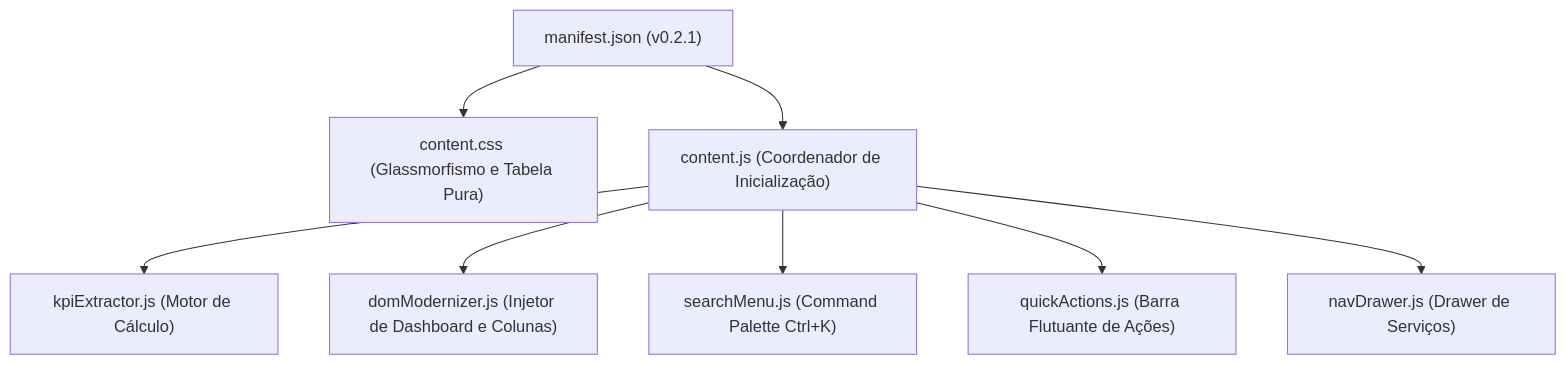
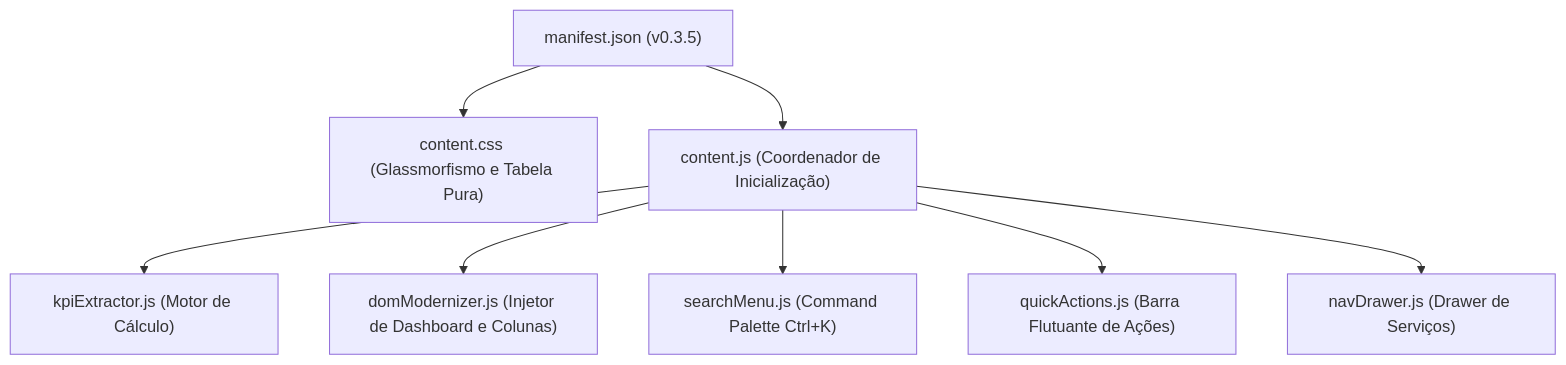
One commit to lukeboh/tse-xt changed the diagram in docs/ESPECIFICACAO_NEGOCIO.md. Above: the diagram before and after it, drawn with Mermaid. The commit also changed other lines of this file and 17 other files, not shown here.

````diff
--- a/docs/ESPECIFICACAO_NEGOCIO.md
+++ b/docs/ESPECIFICACAO_NEGOCIO.md
@@ -139,10 +158,10 @@
 ```mermaid
 graph TD
-    A["manifest.json (v0.2.1)"] --> B["content.css (Glassmorfismo e Tabela Pura)"]
+    A["manifest.json (v0.3.5)"] --> B["content.css (Glassmorfismo e Tabela Pura)"]
     A --> C["content.js (Coordenador de Inicialização)"]
     C --> D["kpiExtractor.js (Motor de Cálculo)"]
     C --> E["domModernizer.js (Injetor de Dashboard e Colunas)"]
     C --> F["searchMenu.js (Command Palette Ctrl+K)"]
     C --> G["quickActions.js (Barra Flutuante de Ações)"]
     C --> H["navDrawer.js (Drawer de Serviços)"]
 ```
````
